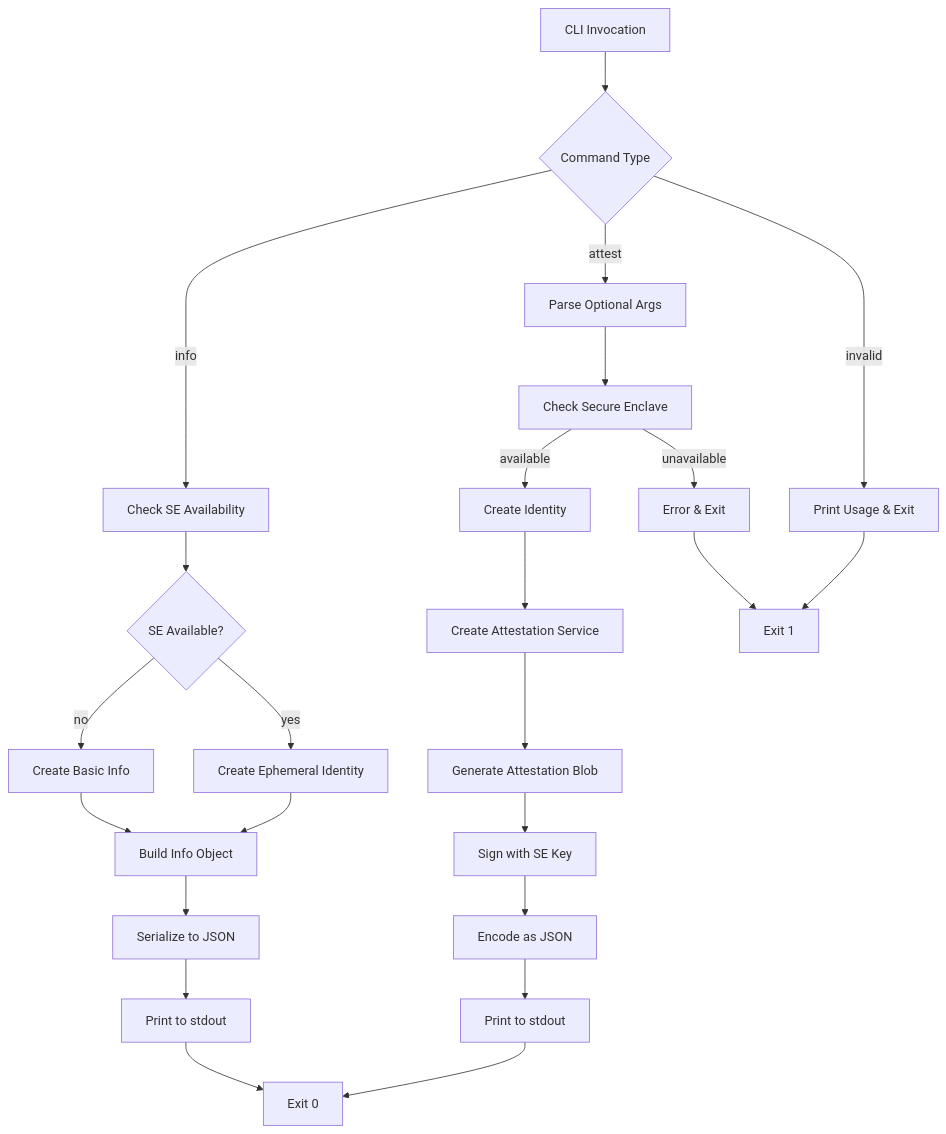
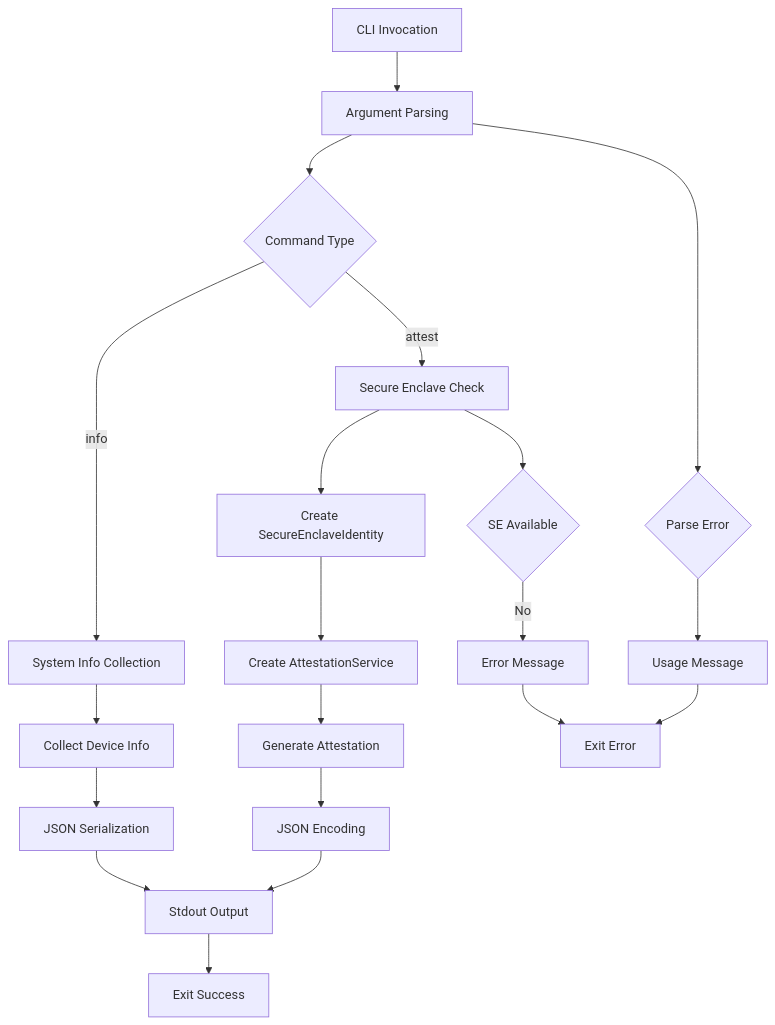
Before and after one commit to researchoors/knowledge-maintenance: the diagram in artifacts/d-inference/service_analyses/EigenInferenceEnclaveCLI.md, drawn with Mermaid. The commit also changed other lines of this file and 23 other files, not shown here.

````diff
--- a/artifacts/d-inference/service_analyses/EigenInferenceEnclaveCLI.md
+++ b/artifacts/d-inference/service_analyses/EigenInferenceEnclaveCLI.md
@@ -58,30 +31,22 @@
 ```mermaid
 graph TD
-    A[CLI Invocation] --> B{Command Type}
-    B -->|attest| C[Parse Optional Args]
-    B -->|info| D[Check SE Availability]
-    B -->|invalid| E[Print Usage & Exit]
-    
-    C --> F[Check Secure Enclave]
-    F -->|unavailable| G[Error & Exit]
-    F -->|available| H[Create Identity]
-    
-    H --> I[Create Attestation Service]
-    I --> J[Generate Attestation Blob]
-    J --> K[Sign with SE Key]
-    K --> L[Encode as JSON]
-    L --> M[Print to stdout]
-    
-    D --> N{SE Available?}
-    N -->|yes| O[Create Ephemeral Identity]
-    N -->|no| P[Create Basic Info]
-    O --> Q[Build Info Object]
-    P --> Q
-    Q --> R[Serialize to JSON]
-    R --> S[Print to stdout]
-    
-    E --> T[Exit 1]
-    G --> T
-    M --> U[Exit 0]
-    S --> U
+    A[CLI Invocation] --> B[Argument Parsing]
+    B --> C{Command Type}
+    C -->|attest| D[Secure Enclave Check]
+    C -->|info| E[System Info Collection]
+    D --> F[Create SecureEnclaveIdentity]
+    F --> G[Create AttestationService]
+    G --> H[Generate Attestation]
+    H --> I[JSON Encoding]
+    I --> J[Stdout Output]
+    E --> K[Collect Device Info]
+    K --> L[JSON Serialization]
+    L --> J
+    J --> M[Exit Success]
+    B --> N{Parse Error}
+    N --> O[Usage Message]
+    O --> P[Exit Error]
+    D --> Q{SE Available}
+    Q -->|No| R[Error Message]
+    R --> P
 ```
````
